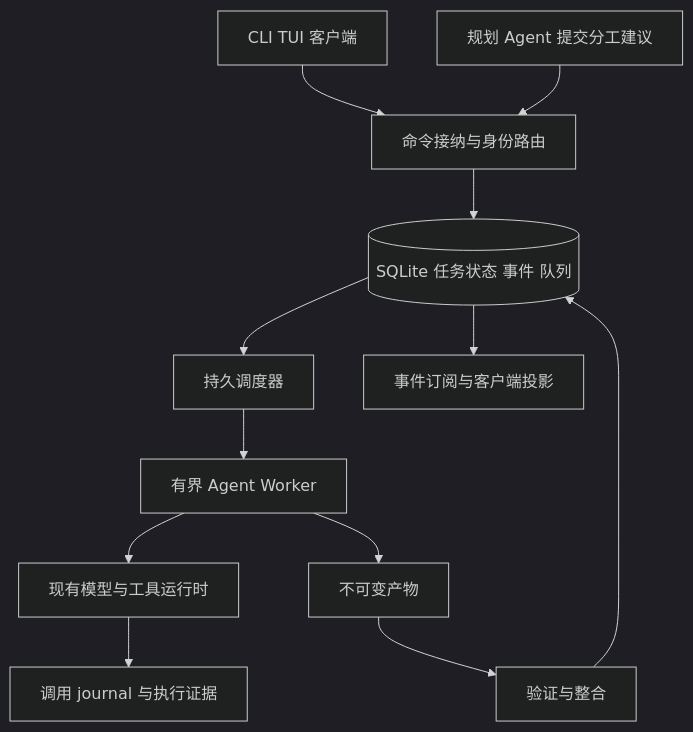
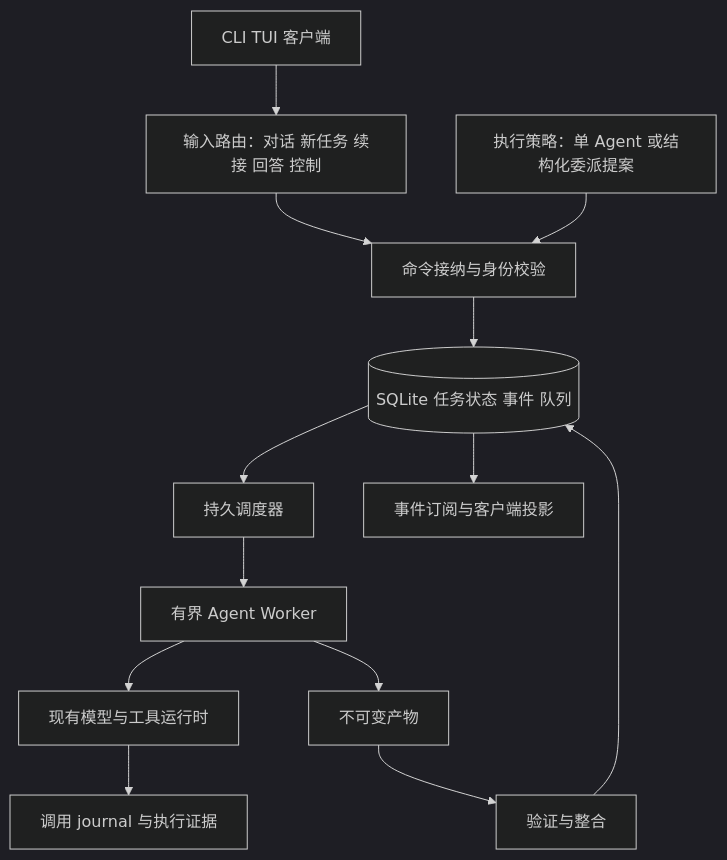
Before and after one commit to Aias00/tnb: the diagram in docs/superpowers/specs/2026-11-03-durable-task-runtime-design.md, drawn with Mermaid (dark theme). The commit also changed other lines of this file and 3 other files, not shown here.

````diff
--- a/docs/superpowers/specs/2026-11-03-durable-task-runtime-design.md
+++ b/docs/superpowers/specs/2026-11-03-durable-task-runtime-design.md
@@ -63,14 +66,15 @@
 ```mermaid
 flowchart TD
-    C[CLI TUI 客户端] --> A[命令接纳与身份路由]
+    C[CLI TUI 客户端] --> R[输入路由：对话 新任务 续接 回答 控制]
+    R --> A[命令接纳与身份校验]
     A --> D[(SQLite 任务状态 事件 队列)]
-    P[规划 Agent 提交分工建议] --> A
+    P[执行策略：单 Agent 或结构化委派提案] --> A
     D --> S[持久调度器]
     S --> W[有界 Agent Worker]
     W --> T[现有模型与工具运行时]
     T --> J[调用 journal 与执行证据]
     W --> F[不可变产物]
     F --> V[验证与整合]
     V --> D
     D --> Q[事件订阅与客户端投影]
 ```
````
